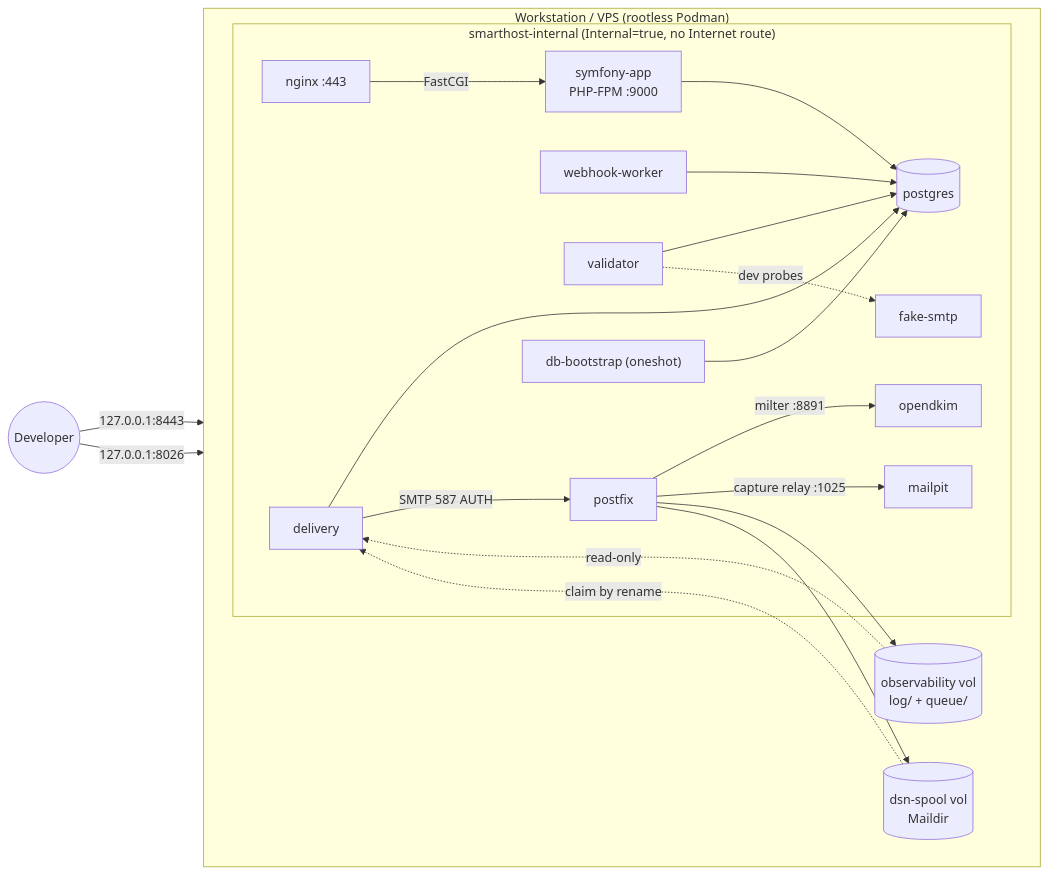
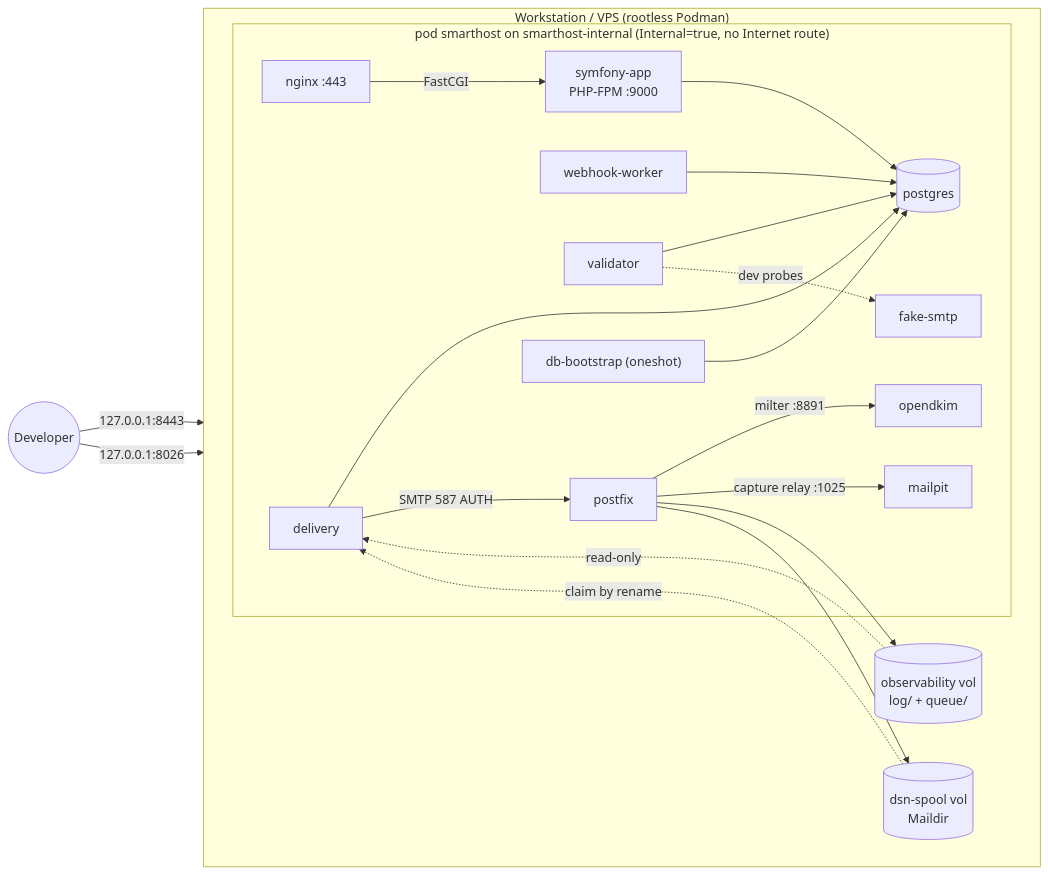
Before and after one commit to rrcatto/catto-mail: the first of 5 diagrams in docs/PROJECT.md, drawn with Mermaid. The commit also changed other lines of this file and 33 other files, not shown here.

````diff
--- a/docs/PROJECT.md
+++ b/docs/PROJECT.md
@@ -204,26 +211,26 @@
 ```mermaid
 flowchart LR
     subgraph host["Workstation / VPS (rootless Podman)"]
         direction LR
-        subgraph net["smarthost-internal (Internal=true, no Internet route)"]
+        subgraph net["pod smarthost on smarthost-internal (Internal=true, no Internet route)"]
             nginx["nginx :443"] -- FastCGI --> fpm["symfony-app<br/>PHP-FPM :9000"]
             fpm --> pg[(postgres)]
             ww["webhook-worker"] --> pg
             val["validator"] --> pg
             del["delivery"] --> pg
             del -- "SMTP 587 AUTH" --> pf["postfix"]
             pf -- "milter :8891" --> dk["opendkim"]
             pf -- "capture relay :1025" --> mp["mailpit"]
             val -. "dev probes" .-> fs["fake-smtp"]
             boot["db-bootstrap (oneshot)"] --> pg
         end
         obs[("observability vol<br/>log/ + queue/")]
         spool[("dsn-spool vol<br/>Maildir")]
         pf --> obs
         pf --> spool
         obs -. "read-only" .-> del
         spool -. "claim by rename" .-> del
     end
     user((Developer)) -- "127.0.0.1:8443" --> nginx
     user -- "127.0.0.1:8026" --> mp
 ```
````
